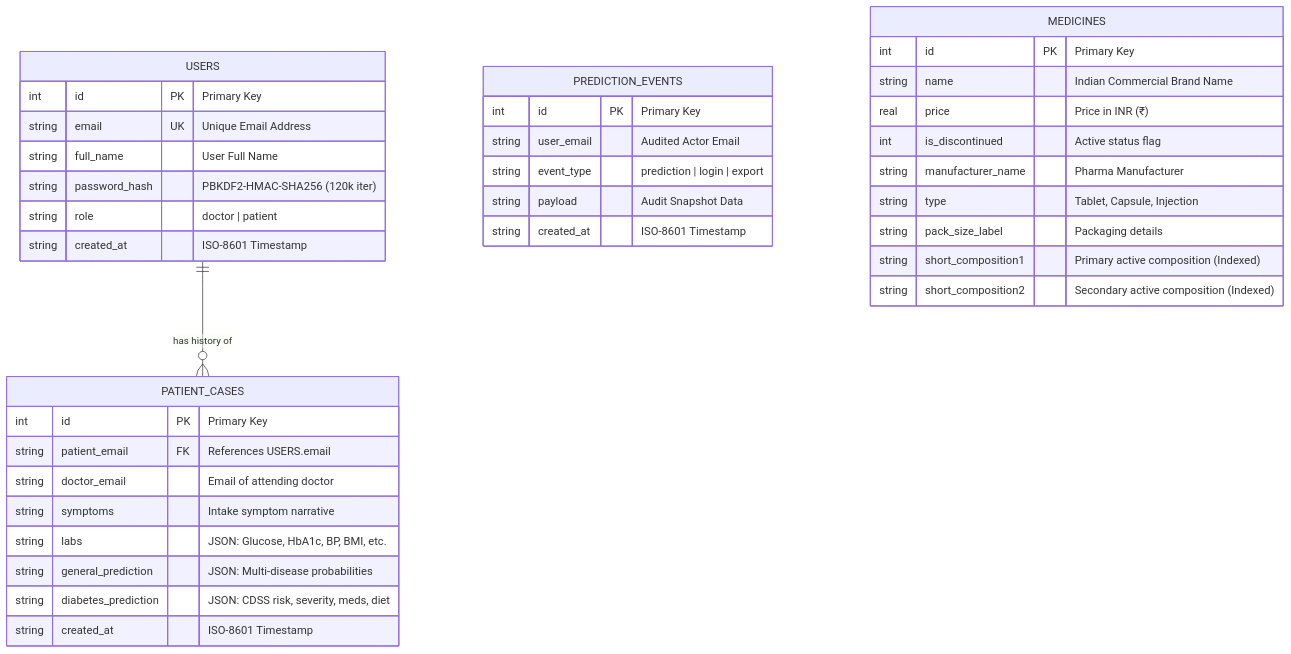
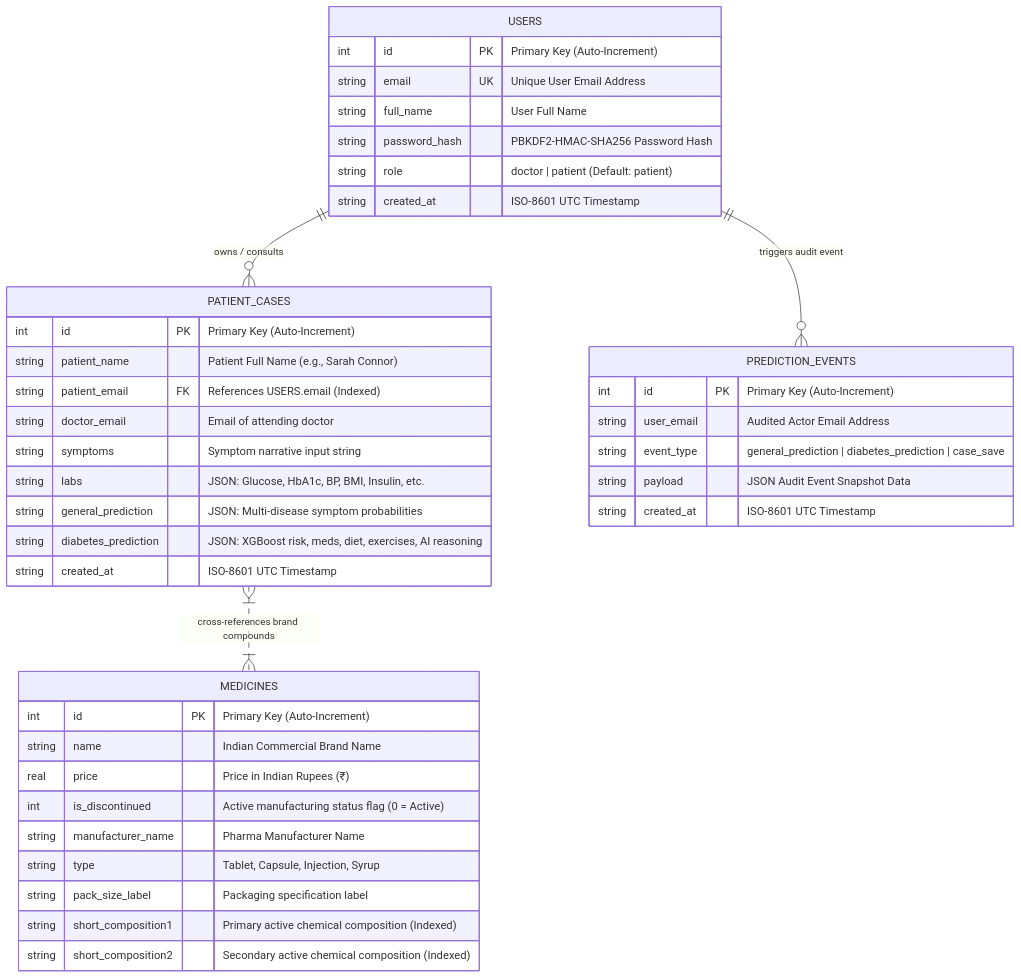
The fifth of 5 diagrams in README.md (surendhar28/AI-based-Diabetes-disease-detection-with-explanation), drawn with Mermaid before and after one commit. The commit also changed other lines of this file, not shown here.

Commit message:
docs: Update Database ER Model and Authentication, RBAC & Patient Data Masking sections in README.md

````diff
--- a/README.md
+++ b/README.md
@@ -340,40 +351,47 @@
 ```mermaid
 erDiagram
     USERS {
-        int id PK "Primary Key"
-        string email UK "Unique Email Address"
+        int id PK "Primary Key (Auto-Increment)"
+        string email UK "Unique User Email Address"
         string full_name "User Full Name"
-        string password_hash "PBKDF2-HMAC-SHA256 (120k iter)"
-        string role "doctor | patient"
-        string created_at "ISO-8601 Timestamp"
+        string password_hash "PBKDF2-HMAC-SHA256 Password Hash"
+        string role "doctor | patient (Default: patient)"
+        string created_at "ISO-8601 UTC Timestamp"
     }
+    
     PATIENT_CASES {
-        int id PK "Primary Key"
-        string patient_email FK "References USERS.email"
+        int id PK "Primary Key (Auto-Increment)"
+        string patient_name "Patient Full Name (e.g., Sarah Connor)"
+        string patient_email FK "References USERS.email (Indexed)"
         string doctor_email "Email of attending doctor"
-        string symptoms "Intake symptom narrative"
-        string labs "JSON: Glucose, HbA1c, BP, BMI, etc."
-        string general_prediction "JSON: Multi-disease probabilities"
-        string diabetes_prediction "JSON: CDSS risk, severity, meds, diet"
-        string created_at "ISO-8601 Timestamp"
+        string symptoms "Symptom narrative input string"
+        string labs "JSON: Glucose, HbA1c, BP, BMI, Insulin, etc."
+        string general_prediction "JSON: Multi-disease symptom probabilities"
+        string diabetes_prediction "JSON: XGBoost risk, meds, diet, exercises, AI reasoning"
+        string created_at "ISO-8601 UTC Timestamp"
     }
+    
     PREDICTION_EVENTS {
-        int id PK "Primary Key"
-        string user_email "Audited Actor Email"
-        string event_type "prediction | login | export"
-        string payload "Audit Snapshot Data"
-        string created_at "ISO-8601 Timestamp"
+        int id PK "Primary Key (Auto-Increment)"
+        string user_email "Audited Actor Email Address"
+        string event_type "general_prediction | diabetes_prediction | case_save"
+        string payload "JSON Audit Event Snapshot Data"
+        string created_at "ISO-8601 UTC Timestamp"
     }
+    
     MEDICINES {
-        int id PK "Primary Key"
+        int id PK "Primary Key (Auto-Increment)"
         string name "Indian Commercial Brand Name"
-        real price "Price in INR (₹)"
-        int is_discontinued "Active status flag"
-        string manufacturer_name "Pharma Manufacturer"
-        string type "Tablet, Capsule, Injection"
-        string pack_size_label "Packaging details"
-        string short_composition1 "Primary active composition (Indexed)"
-        string short_composition2 "Secondary active composition (Indexed)"
+        real price "Price in Indian Rupees (₹)"
+        int is_discontinued "Active manufacturing status flag (0 = Active)"
+        string manufacturer_name "Pharma Manufacturer Name"
+        string type "Tablet, Capsule, Injection, Syrup"
+        string pack_size_label "Packaging specification label"
+        string short_composition1 "Primary active chemical composition (Indexed)"
+        string short_composition2 "Secondary active chemical composition (Indexed)"
     }
-    USERS ||--o{ PATIENT_CASES : "has history of"
+
+    USERS ||--o{ PATIENT_CASES : "owns / consults"
+    USERS ||--o{ PREDICTION_EVENTS : "triggers audit event"
+    PATIENT_CASES }|..|{ MEDICINES : "cross-references brand compounds"
 ```
````
